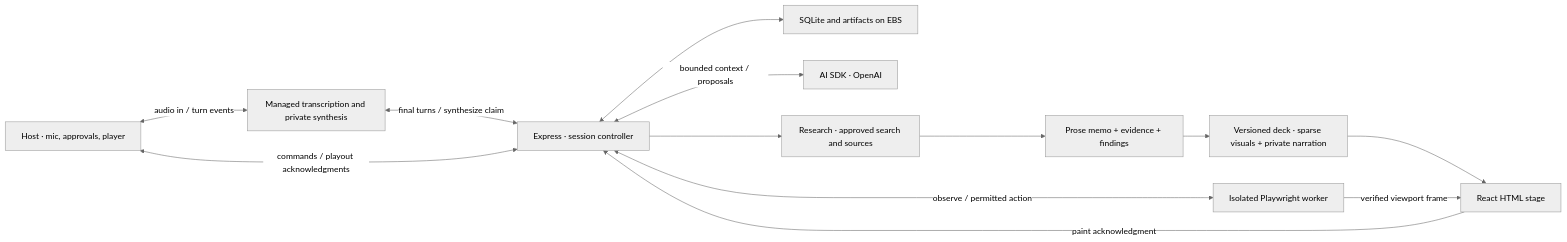
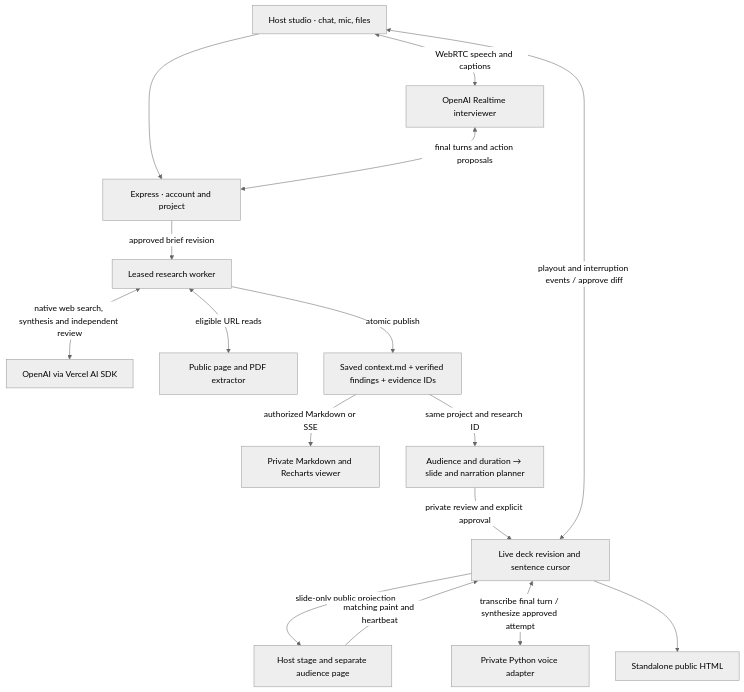
One commit to JyothiKumar03/copitch changed the second of 2 diagrams in docs/architecture.md. Above: the diagram before and after it, drawn with Mermaid (neutral theme). The commit also changed other lines of this file and 9 other files, not shown here.

Commit message:
chore: document the studio and presentation architecture

````diff
--- a/docs/architecture.md
+++ b/docs/architecture.md
@@ -53,15 +58,18 @@
 ```mermaid
-flowchart LR
-  Host["Host · mic, approvals, player"] <-->|audio in / turn events| Voice["Managed transcription and private synthesis"]
-  Voice <-->|final turns / synthesize claim| Controller["Express · session controller"]
-  Host <-->|commands / playout acknowledgments| Controller
-  Controller <--> DB["SQLite and artifacts on EBS"]
-  Controller <-->|bounded context / proposals| Model["AI SDK · OpenAI"]
-  Controller --> Research["Research · approved search and sources"]
-  Research --> Bundle["Prose memo + evidence + findings"]
-  Bundle --> Deck["Versioned deck · sparse visuals + private narration"]
-  Deck --> Stage["React HTML stage"]
-  Controller <-->|observe / permitted action| Web["Isolated Playwright worker"]
-  Web -->|verified viewport frame| Stage
-  Stage -->|paint acknowledgment| Controller
+flowchart TD
+  Host["Host studio · chat, mic, files"] --> API["Express · account and project"]
+  Host <-->|WebRTC speech and captions| Realtime["OpenAI Realtime interviewer"]
+  Realtime <-->|final turns and action proposals| API
+  API -->|approved brief revision| Worker["Leased research worker"]
+  Worker <-->|native web search, synthesis and independent review| ResearchModel["OpenAI via Vercel AI SDK"]
+  Worker <-->|eligible URL reads| Sources["Public page and PDF extractor"]
+  Worker -->|atomic publish| Bundle["Saved context.md + verified findings + evidence IDs"]
+  Bundle -->|authorized Markdown or SSE| Viewer["Private Markdown and Recharts viewer"]
+  Bundle -->|same project and research ID| Plan["Audience and duration → slide and narration planner"]
+  Plan -->|private review and explicit approval| Runtime["Live deck revision and sentence cursor"]
+  Runtime -->|slide-only public projection| Stage["Host stage and separate audience page"]
+  Stage -->|matching paint and heartbeat| Runtime
+  Runtime <-->|transcribe final turn / synthesize approved attempt| Voice["Private Python voice adapter"]
+  Runtime <-->|playout and interruption events / approve diff| Host
+  Runtime --> Export["Standalone public HTML"]
 ```
````
